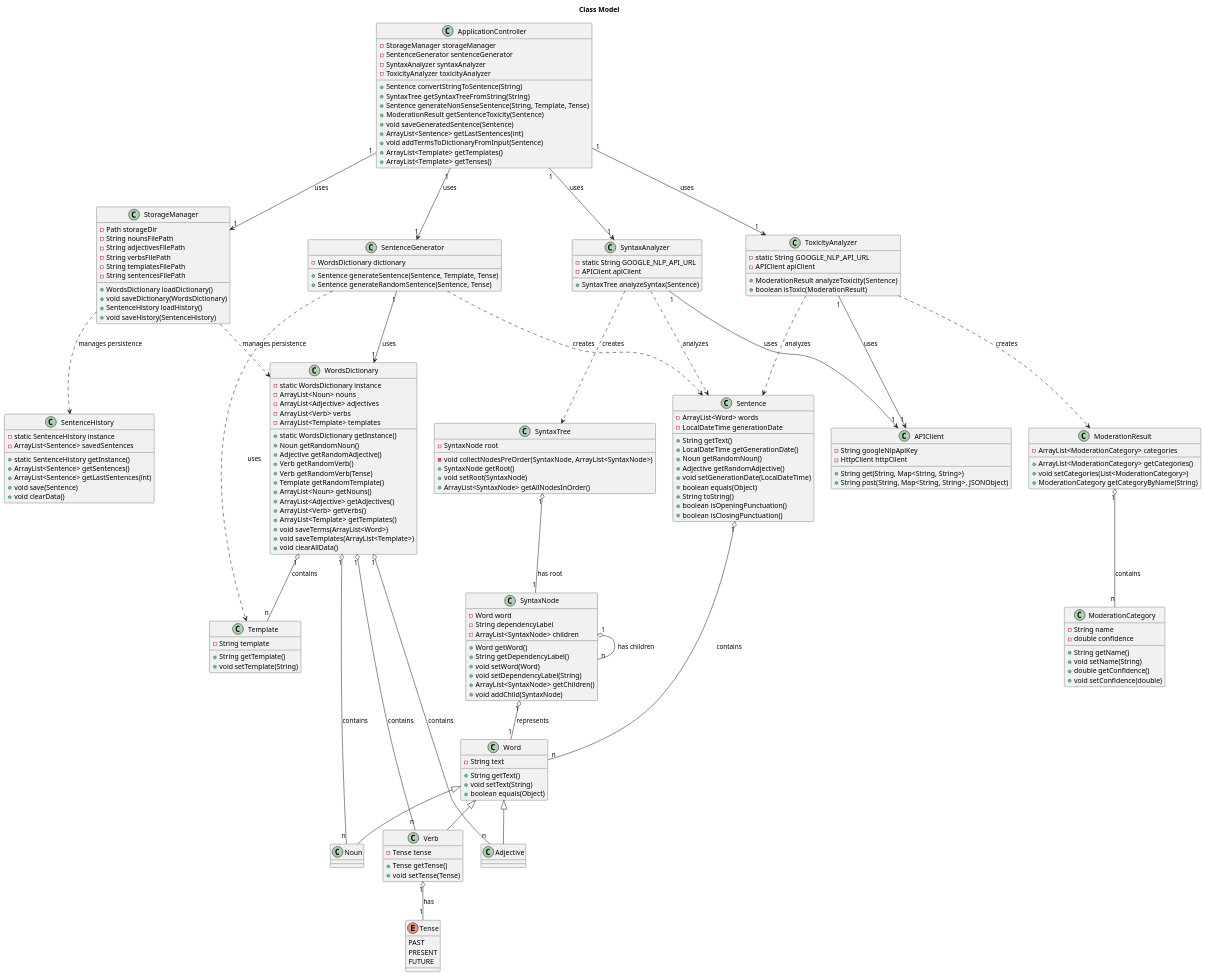
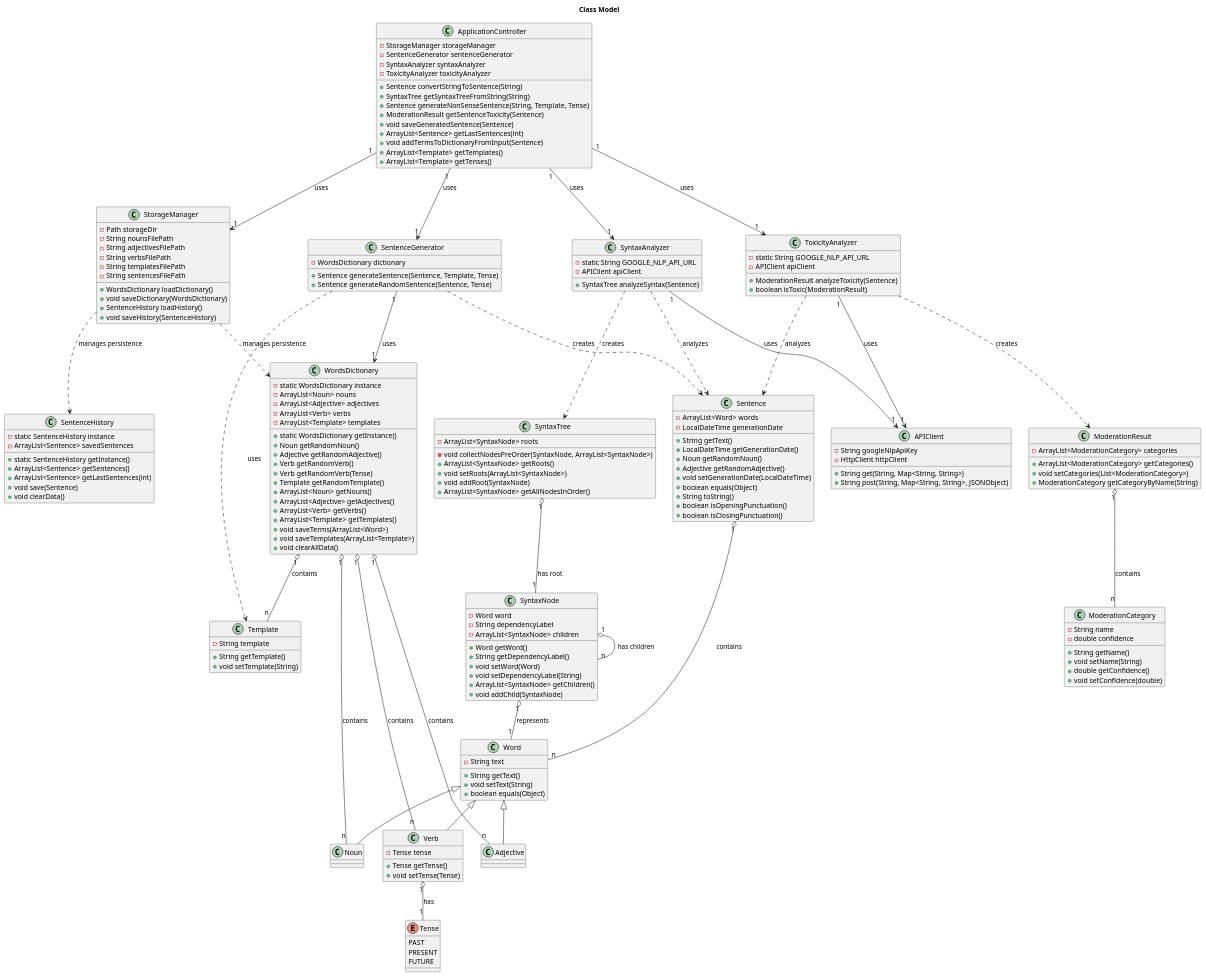
One commit to liamtoaldo/NonSenseGenerator changed the diagram in docs/diagrams/classmodel.plantuml. Above: the diagram before and after it, drawn with PlantUML. The commit also changed 8 other files, not shown here.

```diff
--- a/docs/diagrams/classmodel.plantuml
+++ b/docs/diagrams/classmodel.plantuml
@@ -109,10 +109,11 @@
 
 ' SyntaxTree e SyntaxNode formano un pattern Composite
 class SyntaxTree {
-    -SyntaxNode root
+    -ArrayList<SyntaxNode> roots
     -void collectNodesPreOrder(SyntaxNode, ArrayList<SyntaxNode>)
-    +SyntaxNode getRoot()
-    +void setRoot(SyntaxNode)
+    +ArrayList<SyntaxNode> getRoots()
+    +void setRoots(ArrayList<SyntaxNode>)
+    +void addRoot(SyntaxNode)
     +ArrayList<SyntaxNode> getAllNodesInOrder()
 }
 
```
